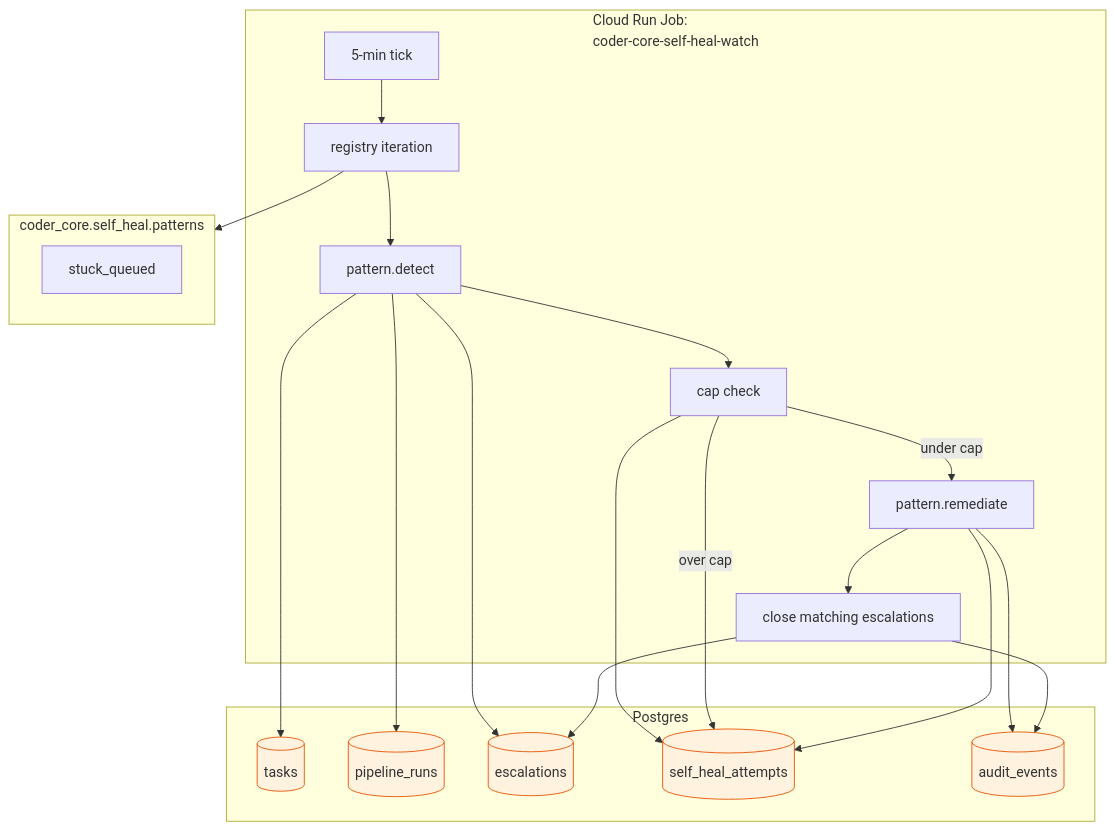
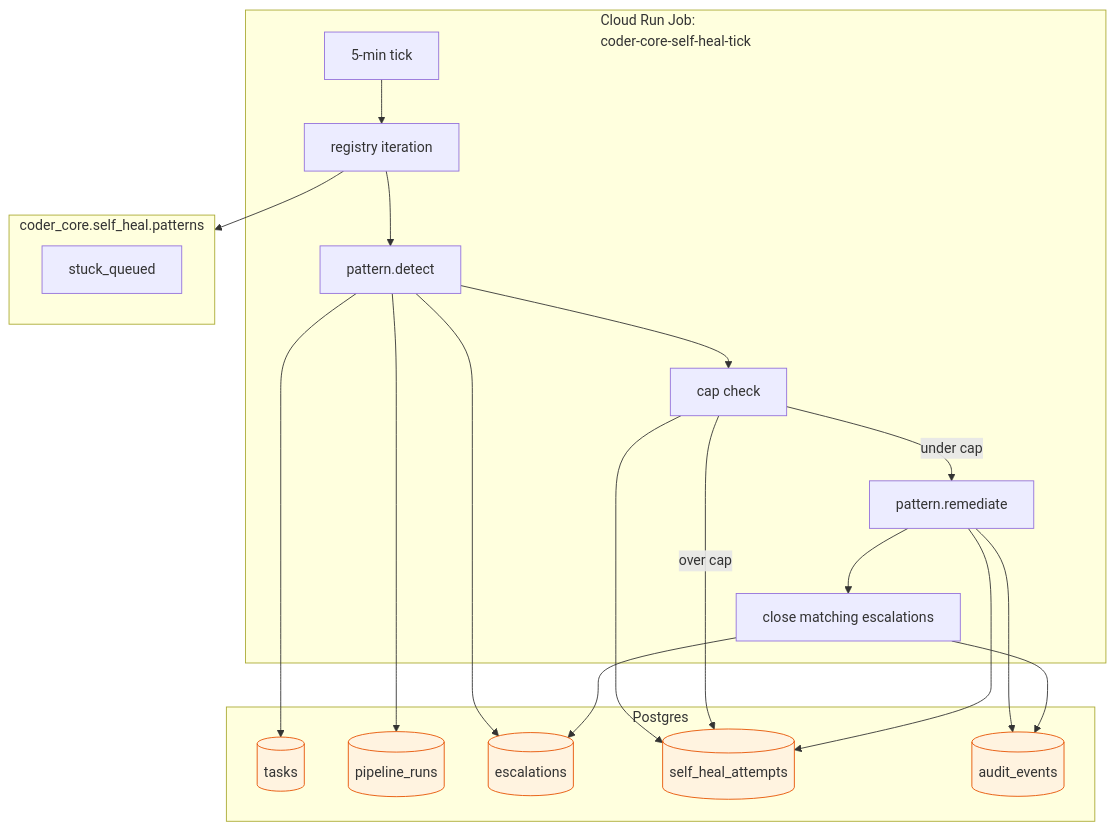
The diagram in system/designs/active/self-healing.md (coder-devx/coder-system), drawn with Mermaid before and after one commit. The commit also changed other lines of this file and 2 other files, not shown here.

````diff
--- a/system/designs/active/self-healing.md
+++ b/system/designs/active/self-healing.md
@@ -37,43 +37,43 @@
 ```mermaid
 flowchart TB
   subgraph state [Postgres]
     t[(tasks)]
     pr[(pipeline_runs)]
     esc[(escalations)]
     attempts[(self_heal_attempts)]
     ae[(audit_events)]
   end
 
-  subgraph job ["Cloud Run Job:<br/>coder-core-self-heal-watch"]
+  subgraph job ["Cloud Run Job:<br/>coder-core-self-heal-tick"]
     tick[5-min tick]
     reg[registry iteration]
     cap[cap check]
     det[pattern.detect]
     rem[pattern.remediate]
     close[close matching escalations]
   end
 
   tick --> reg
   reg --> det
   det --> t
   det --> pr
   det --> esc
   det --> cap
   cap --> attempts
   cap -->|under cap| rem
   cap -->|over cap| attempts
   rem --> attempts
   rem --> ae
   rem --> close
   close --> esc
   close --> ae
 
   subgraph patterns [coder_core.self_heal.patterns]
     sq[stuck_queued]
   end
 
   reg --> patterns
 
   classDef pg fill:#fff3e0,stroke:#e65100
   class t,pr,esc,attempts,ae pg
 ```
````
